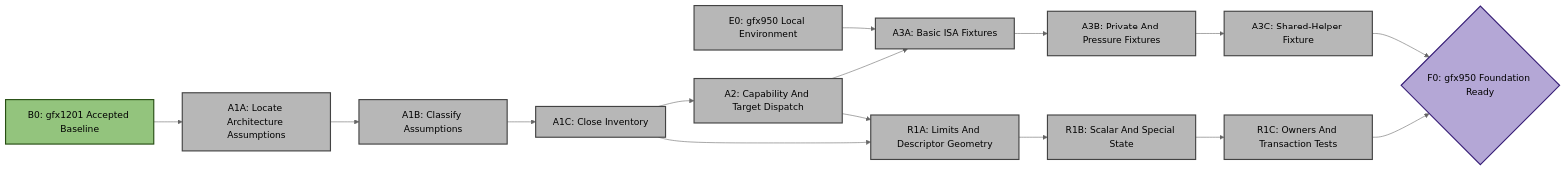
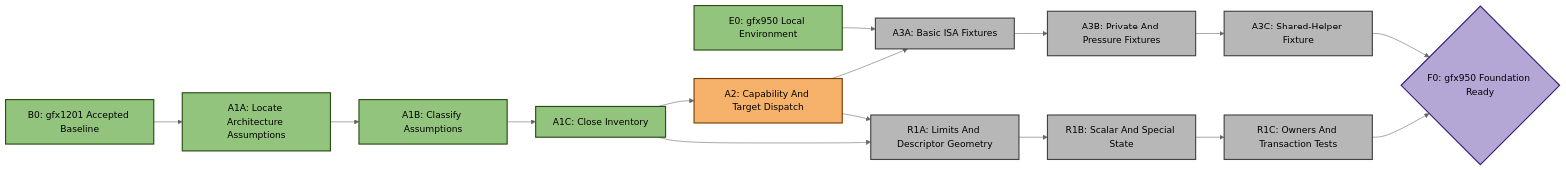
Before and after one commit to ROCm/rocm-systems: the first of 4 diagrams in emulation/rocjitsu/docs/consan/PLAN_GFX950.md, drawn with Mermaid (neutral theme). The commit also changed other lines of this file and 3 other files, not shown here.

````diff
--- a/emulation/rocjitsu/docs/consan/PLAN_GFX950.md
+++ b/emulation/rocjitsu/docs/consan/PLAN_GFX950.md
@@ -98,32 +103,33 @@
 ```mermaid
 flowchart LR
   B0["B0: gfx1201 Accepted Baseline"]:::done
-  E0["E0: gfx950 Local Environment"]:::todo
-  A1A["A1A: Locate Architecture Assumptions"]:::todo
-  A1B["A1B: Classify Assumptions"]:::todo
-  A1C["A1C: Close Inventory"]:::todo
-  A2["A2: Capability And Target Dispatch"]:::todo
+  E0["E0: gfx950 Local Environment"]:::done
+  A1A["A1A: Locate Architecture Assumptions"]:::done
+  A1B["A1B: Classify Assumptions"]:::done
+  A1C["A1C: Close Inventory"]:::done
+  A2["A2: Capability And Target Dispatch"]:::active
   A3A["A3A: Basic ISA Fixtures"]:::todo
   A3B["A3B: Private And Pressure Fixtures"]:::todo
   A3C["A3C: Shared-Helper Fixture"]:::todo
   R1A["R1A: Limits And Descriptor Geometry"]:::todo
   R1B["R1B: Scalar And Special State"]:::todo
   R1C["R1C: Owners And Transaction Tests"]:::todo
   F0{"F0: gfx950 Foundation Ready"}:::target
 
   B0 --> A1A
   E0 --> A3A
   A1A --> A1B --> A1C
   A1C --> A2
   A2 --> A3A
   A3A --> A3B --> A3C
   A1C --> R1A
   A2 --> R1A
   R1A --> R1B --> R1C
   A3C --> F0
   R1C --> F0
 
   classDef done fill:#93c47d,stroke:#274e13,stroke-width:2px,color:#000;
+  classDef active fill:#f6b26b,stroke:#783f04,stroke-width:2px,color:#000;
   classDef todo fill:#b7b7b7,stroke:#434343,stroke-width:2px,color:#000;
   classDef target fill:#b4a7d6,stroke:#351c75,stroke-width:2px,color:#000;
 ```
````
